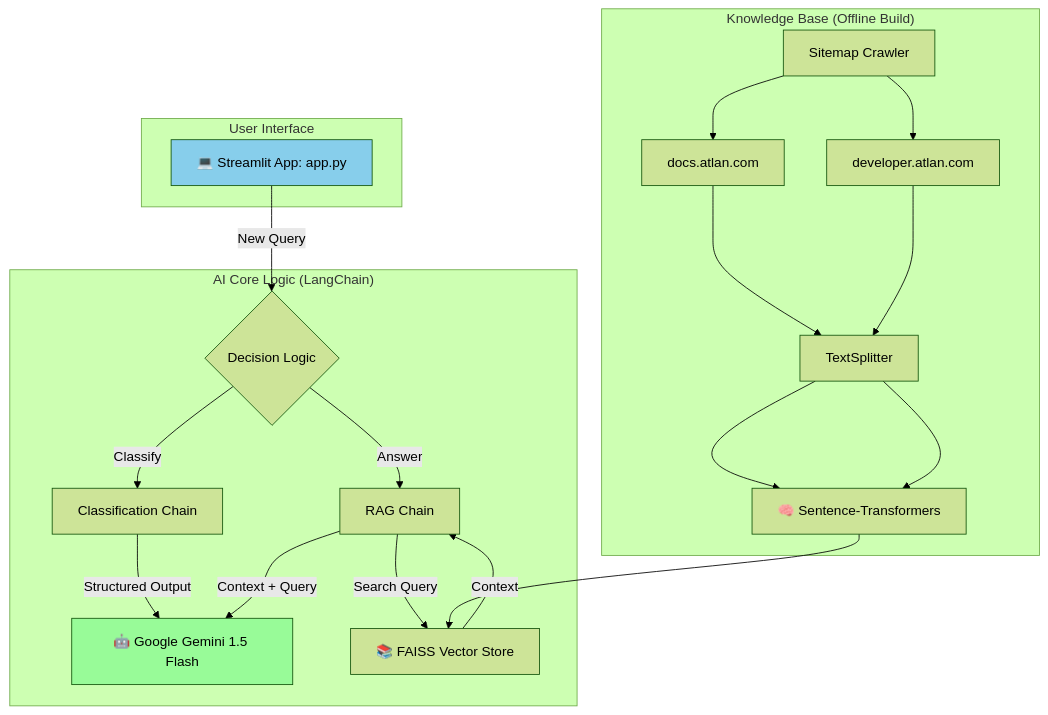
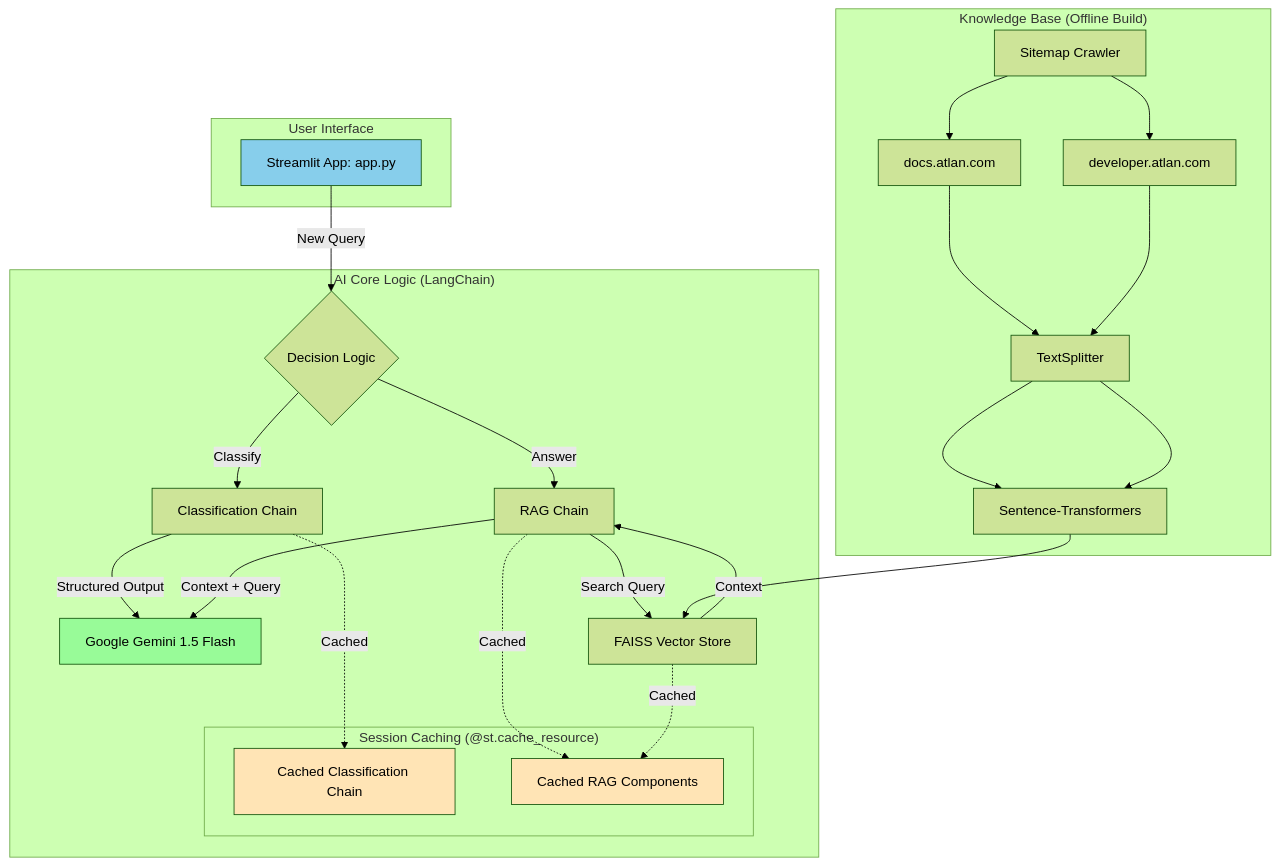
The diagram in README.md (mk12002/AtlanAssist), drawn with Mermaid (forest theme) before and after one commit. The commit also changed other lines of this file and 3 other files, not shown here.

````diff
--- a/README.md
+++ b/README.md
@@ -66,27 +67,38 @@
 ```mermaid
 graph TD;
     subgraph "User Interface"
-        UI[💻 Streamlit App: app.py]
+        UI[Streamlit App: app.py]
     end
 
     subgraph "AI Core Logic (LangChain)"
         UI -->|New Query| Router{Decision Logic}
         Router -->|Classify| ClassificationChain[Classification Chain]
         Router -->|Answer| RAGChain[RAG Chain]
-        ClassificationChain -->|Structured Output| Gemini[🤖 Google Gemini 1.5 Flash]
-        RAGChain -->|Search Query| VectorStore[📚 FAISS Vector Store]
+        ClassificationChain -->|Structured Output| Gemini[Google Gemini 1.5 Flash]
+        RAGChain -->|Search Query| VectorStore[FAISS Vector Store]
         VectorStore -->|Context| RAGChain
         RAGChain -->|Context + Query| Gemini
+        
+        subgraph "Session Caching (@st.cache_resource)"
+            CachedChain[Cached Classification Chain]
+            CachedRAG[Cached RAG Components]
+        end
+        
+        ClassificationChain -.->|Cached| CachedChain
+        RAGChain -.->|Cached| CachedRAG
+        VectorStore -.->|Cached| CachedRAG
     end
 
     subgraph "Knowledge Base (Offline Build)"
         Crawler[Sitemap Crawler] --> AtlanDocs[docs.atlan.com]
         Crawler --> DevHub[developer.atlan.com]
-        Embeddings[🧠 Sentence-Transformers] --> VectorStore
+        Embeddings[Sentence-Transformers] --> VectorStore
         AtlanDocs --> TextSplitter --> Embeddings
         DevHub --> TextSplitter --> Embeddings
     end
 
     style UI fill:#87CEEB
     style Gemini fill:#98FB98
+    style CachedChain fill:#FFE4B5
+    style CachedRAG fill:#FFE4B5
 ```
````
